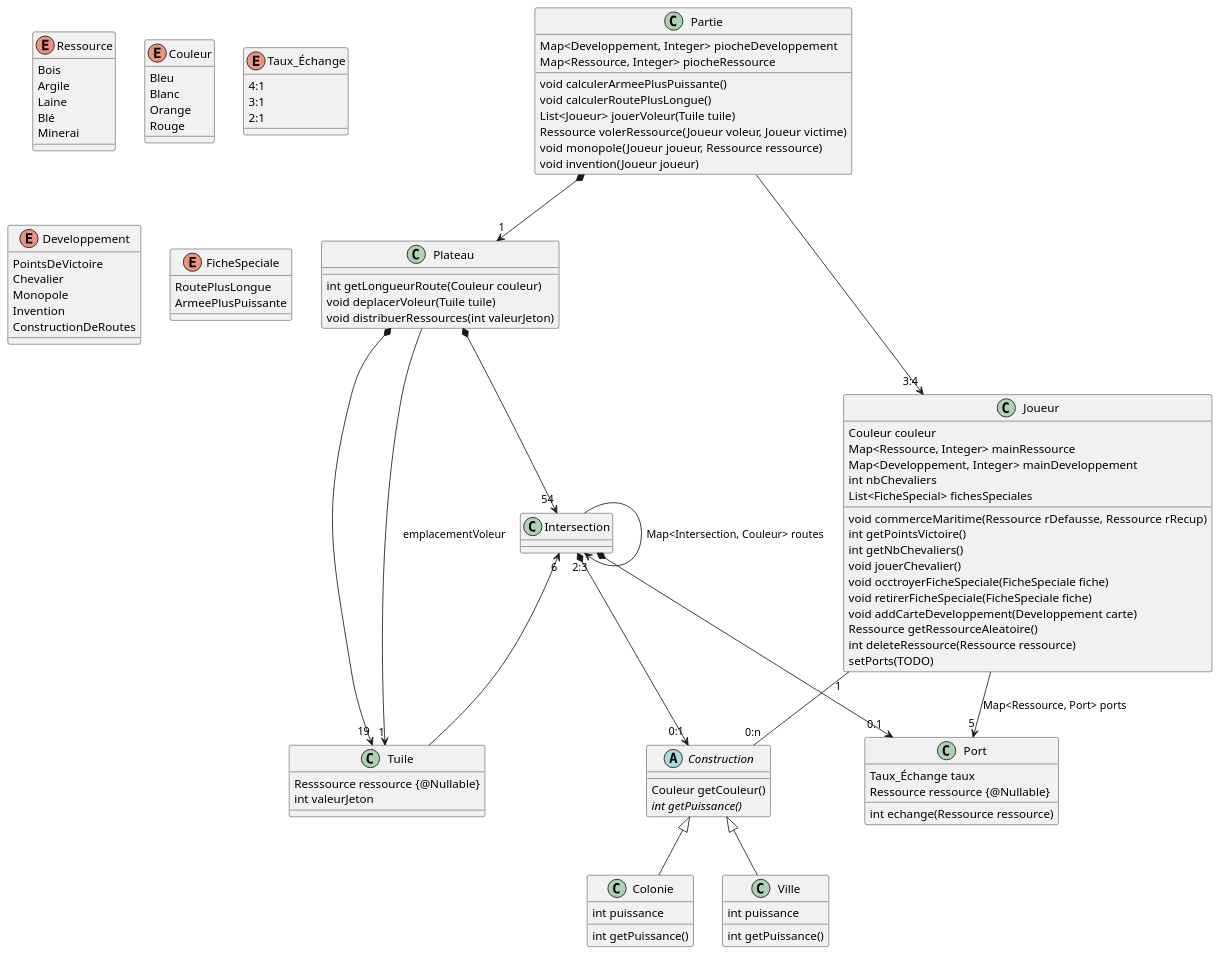
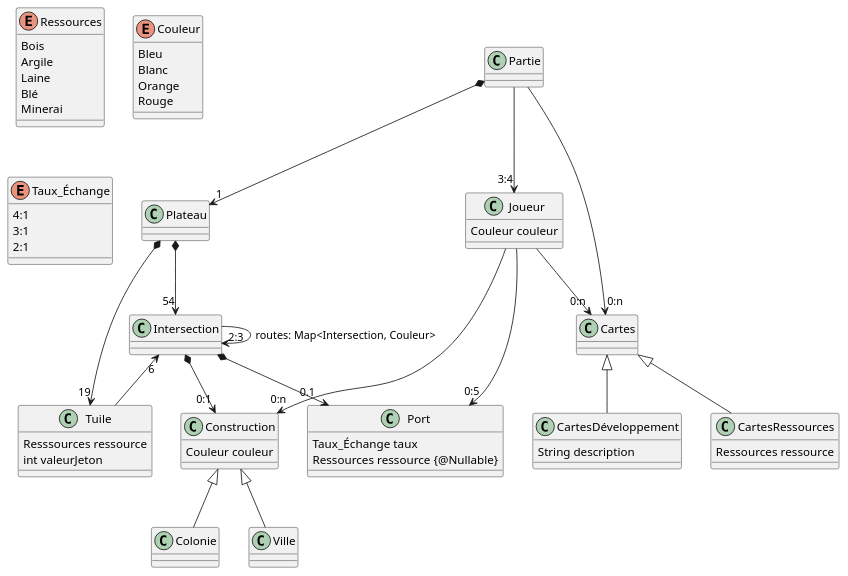
One commit to Lapin-Obez/colon_de_catane changed the first of 3 diagrams in catan-doc/modules/analyse/pages/analyse.adoc. Above: the diagram before and after it, drawn with PlantUML. The commit also changed 2 other files, not shown here.

Commit message:
Fixing analysis diagram which was too complicated

```diff
--- a/catan-doc/modules/analyse/pages/analyse.adoc
+++ b/catan-doc/modules/analyse/pages/analyse.adoc
@@ -23,7 +23,7 @@
 ....
 @startuml
 
-enum Ressource {
+enum Ressources {
 Bois
 Argile
 Laine
@@ -44,46 +44,16 @@
 2:1
 }
 
-enum Developpement {
-PointsDeVictoire
-Chevalier
-Monopole
-Invention
-ConstructionDeRoutes
-}
-
-enum FicheSpeciale {
-RoutePlusLongue
-ArmeePlusPuissante
-}
-
-class Partie {
-Map<Developpement, Integer> piocheDeveloppement
-Map<Ressource, Integer> piocheRessource
-
-void calculerArmeePlusPuissante()
-void calculerRoutePlusLongue()
-List<Joueur> jouerVoleur(Tuile tuile)
-Ressource volerRessource(Joueur voleur, Joueur victime)
-void monopole(Joueur joueur, Ressource ressource)
-void invention(Joueur joueur)
-}
-
-class Plateau {
-int getLongueurRoute(Couleur couleur)
-void deplacerVoleur(Tuile tuile)
-void distribuerRessources(int valeurJeton)
-}
+class Partie
+class Plateau
 
 class Port{
 Taux_Échange taux
-Ressource ressource {@Nullable}
-
-int echange(Ressource ressource)
+Ressources ressource {@Nullable}
 }
 
 class Tuile{
-Resssource ressource {@Nullable}
+Resssources ressource
 int valeurJeton
 }
 
@@ -91,53 +61,45 @@
 
 class Joueur{
 Couleur couleur
-Map<Ressource, Integer> mainRessource
-Map<Developpement, Integer> mainDeveloppement
-int nbChevaliers
-List<FicheSpecial> fichesSpeciales
-
-void commerceMaritime(Ressource rDefausse, Ressource rRecup)
-int getPointsVictoire()
-int getNbChevaliers()
-void jouerChevalier()
-void occtroyerFicheSpeciale(FicheSpeciale fiche)
-void retirerFicheSpeciale(FicheSpeciale fiche)
-void addCarteDeveloppement(Developpement carte)
-Ressource getRessourceAleatoire()
-int deleteRessource(Ressource ressource)
-setPorts(TODO)
 }
 
-abstract class Construction {
-Couleur getCouleur()
-{abstract} int getPuissance()
+class Cartes
+class CartesRessources{
+  Ressources ressource
 }
-class Colonie {
-int puissance
-int getPuissance()
+class CartesDéveloppement{
+  String description
 }
-class Ville {
-int puissance
-int getPuissance()
+
+class Construction {
+  Couleur couleur
 }
+class Colonie
+class Ville
 
 
 Partie *--> "1" Plateau
 Plateau *--> "19" Tuile
-Plateau --> "1" Tuile : emplacementVoleur
 Plateau *--> "54" Intersection
 
 Construction <|-- Ville
 Construction <|-- Colonie
 
 Intersection *--> "0:1" Construction
-Intersection --> "2:3" Intersection : Map<Intersection, Couleur> routes
+Intersection --> "2:3" Intersection : routes: Map<Intersection, Couleur>
 Intersection "6" <-- Tuile
 Intersection *--> "0.1" Port
 
+Partie --> "0:n" Cartes
+
+Cartes <|-- CartesRessources
+Cartes <|-- CartesDéveloppement
+
 Partie --> "3:4" Joueur
-Joueur --> "5" Port : Map<Ressource, Port> ports
-Joueur "1" -- "0:n" Construction
+Joueur --> "0:n" Cartes
+Joueur --> "0:5" Port
+Joueur --> "0:n" Construction
 
 @enduml
+
 ....
```
